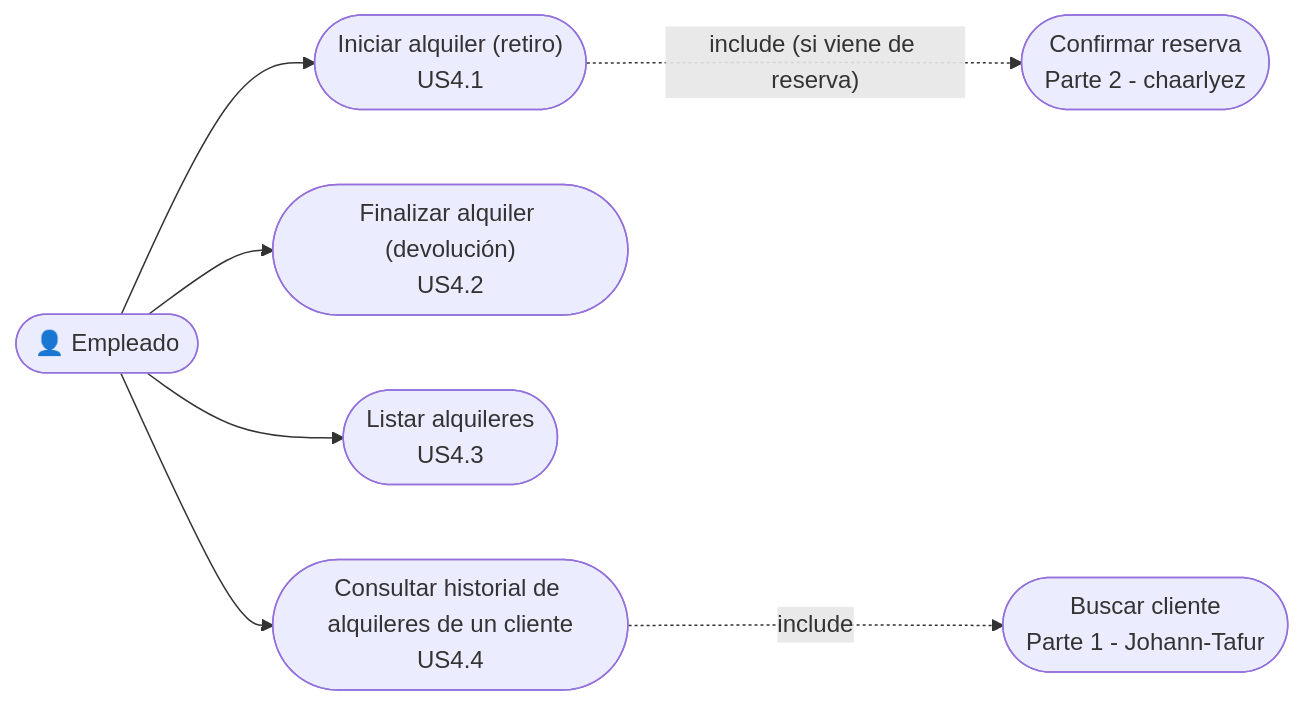
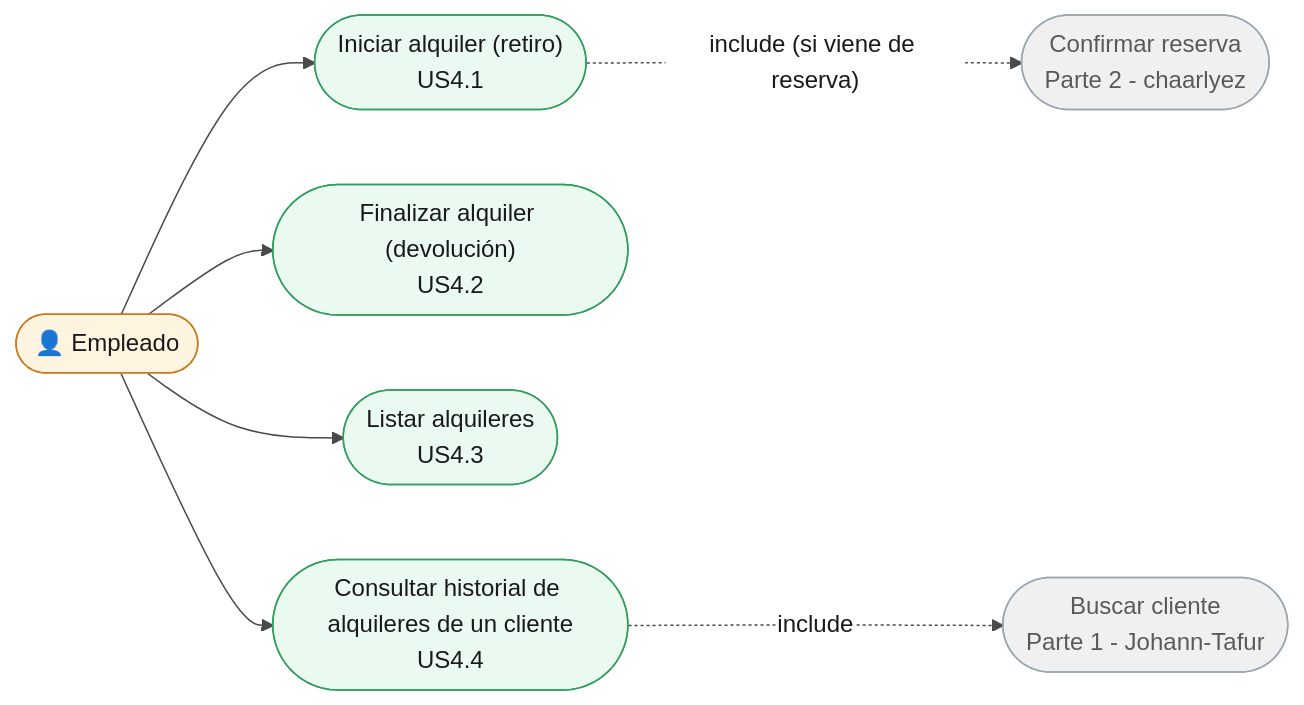
Before and after one commit to chaarlyez/Sistema_de_alquiler_de_veh-culos: the first of 7 diagrams in docs/03-uml/03-alquileres-mariocardona970546.md, drawn with Mermaid. The commit also changed other lines of this file and 6 other files, not shown here.

First line of the commit message:
docs: colorear todos los diagramas Mermaid y cerrar observacion de notacion

````diff
--- a/docs/03-uml/03-alquileres-mariocardona970546.md
+++ b/docs/03-uml/03-alquileres-mariocardona970546.md
@@ -19,20 +19,35 @@
 ```mermaid
+%%{init: {'theme': 'base', 'themeVariables': {
+  'background': '#ffffff',
+  'primaryColor': '#ffffff',
+  'primaryBorderColor': '#4a4a4a',
+  'primaryTextColor': '#1a1a1a',
+  'lineColor': '#4a4a4a',
+  'textColor': '#1a1a1a'
+}}}%%
 flowchart LR
     Empleado(["👤 Empleado"])
 
     UC41(["Iniciar alquiler (retiro)<br/>US4.1"])
     UC42(["Finalizar alquiler (devolución)<br/>US4.2"])
     UC43(["Listar alquileres<br/>US4.3"])
     UC44(["Consultar historial de alquileres de un cliente<br/>US4.4"])
 
     Empleado --> UC41
     Empleado --> UC42
     Empleado --> UC43
     Empleado --> UC44
 
     UC41 -.->|"include (si viene de reserva)"| UC35
     UC44 -.->|include| UC8
 
     UC35(["Confirmar reserva<br/>Parte 2 - chaarlyez"])
     UC8(["Buscar cliente<br/>Parte 1 - Johann-Tafur"])
+
+    classDef actor fill:#fff4e0,stroke:#c97a1e,color:#1a1a1a
+    classDef usecase fill:#eafaf0,stroke:#2f9e5c,color:#1a1a1a
+    classDef other fill:#f0f0f0,stroke:#9aa5b1,color:#5a5a5a
+    class Empleado actor
+    class UC41,UC42,UC43,UC44 usecase
+    class UC35,UC8 other
 ```
````
